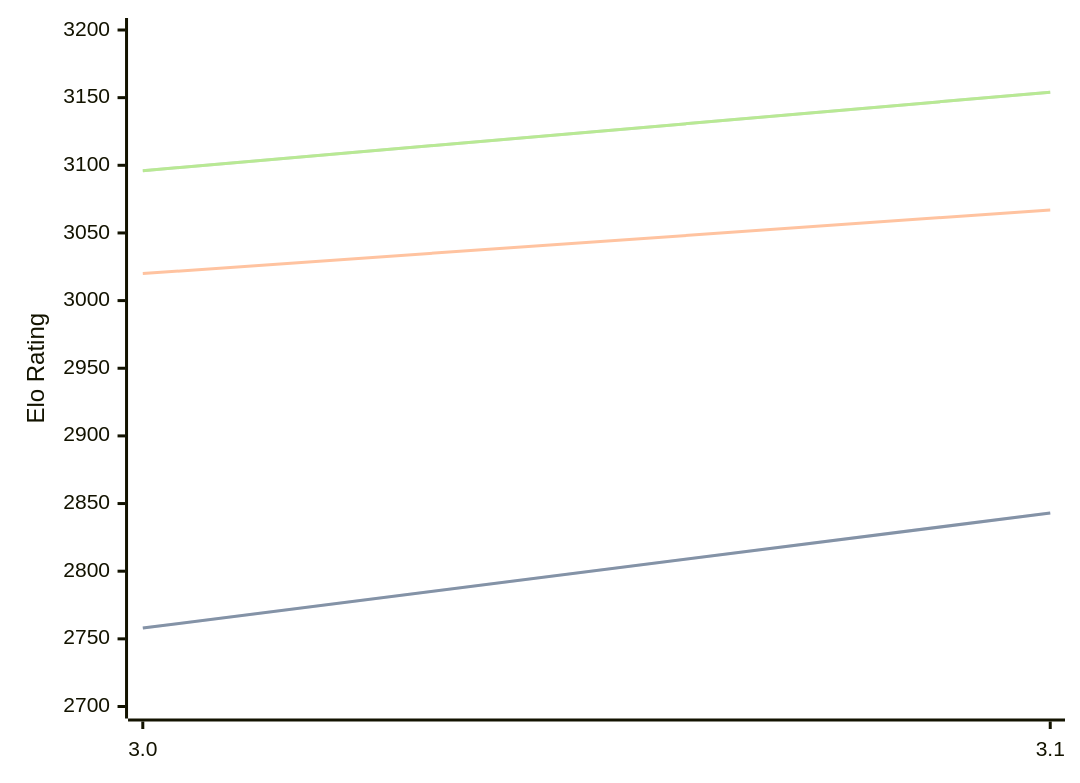
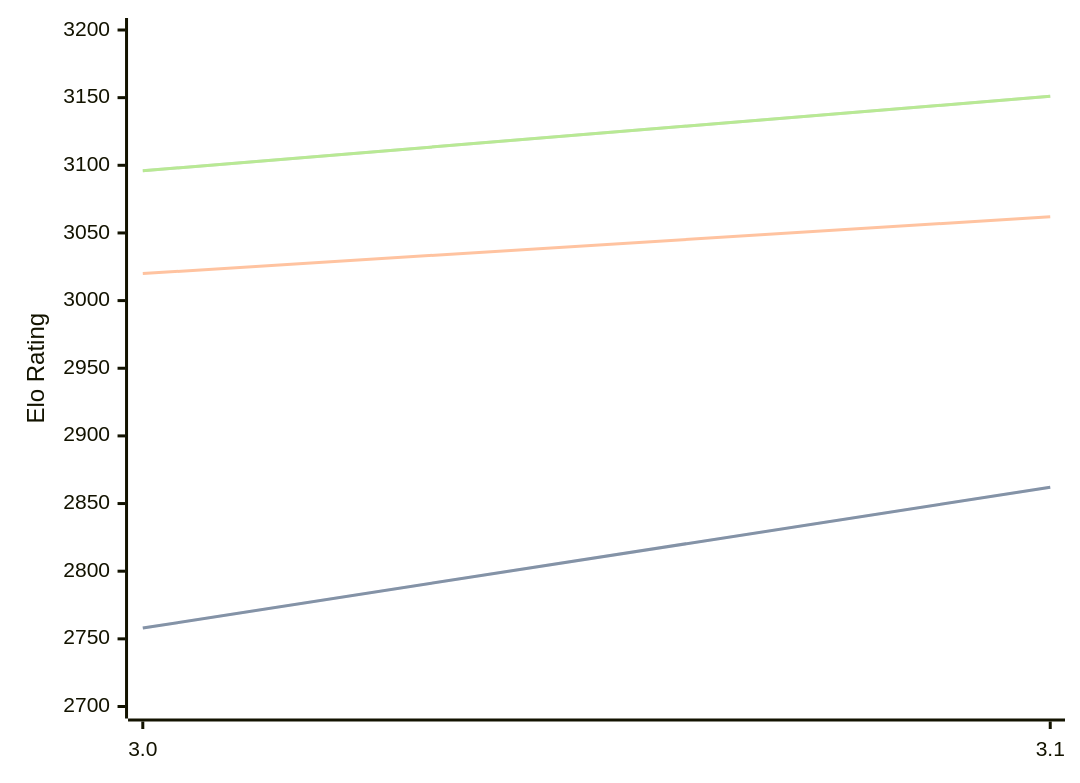
Before and after one commit to computer-chess-index/cci: the diagram in engines/Vajolet2.md, drawn with Mermaid. The commit also changed other lines of this file, not shown here.

Commit message:
Update CCI Ratings (ELO VLTC) - 2026-04-06

````diff
--- a/engines/Vajolet2.md
+++ b/engines/Vajolet2.md
@@ -40,11 +40,11 @@
 ```mermaid
 %%{init: {"theme":"base","themeVariables":{"seriesColors:['#a3a3a3','#222221','#faa371']}}}%%
 xychart-beta
   x-axis ["3.0", "3.1"]
   y-axis "Elo Rating" 2700 --> 3200
-  line "STC (8.0+0.08s)" [2758, 2843]
-  line "STC (8.0+0.08s)" [2758, 2843]
-  line "LTC (60.0+0.60s)" [3020, 3067]
-  line "VLTC (2m24s+1.12s)" [3096, 3154]
-  line "VLTC (2m24s+1.12s)" [3096, 3154]
+  line "STC (8.0+0.08s)" [2758, 2862]
+  line "STC (8.0+0.08s)" [2758, 2862]
+  line "LTC (60.0+0.60s)" [3020, 3062]
+  line "VLTC (2m24s+1.12s)" [3096, 3151]
+  line "VLTC (2m24s+1.12s)" [3096, 3151]
 ```
````
